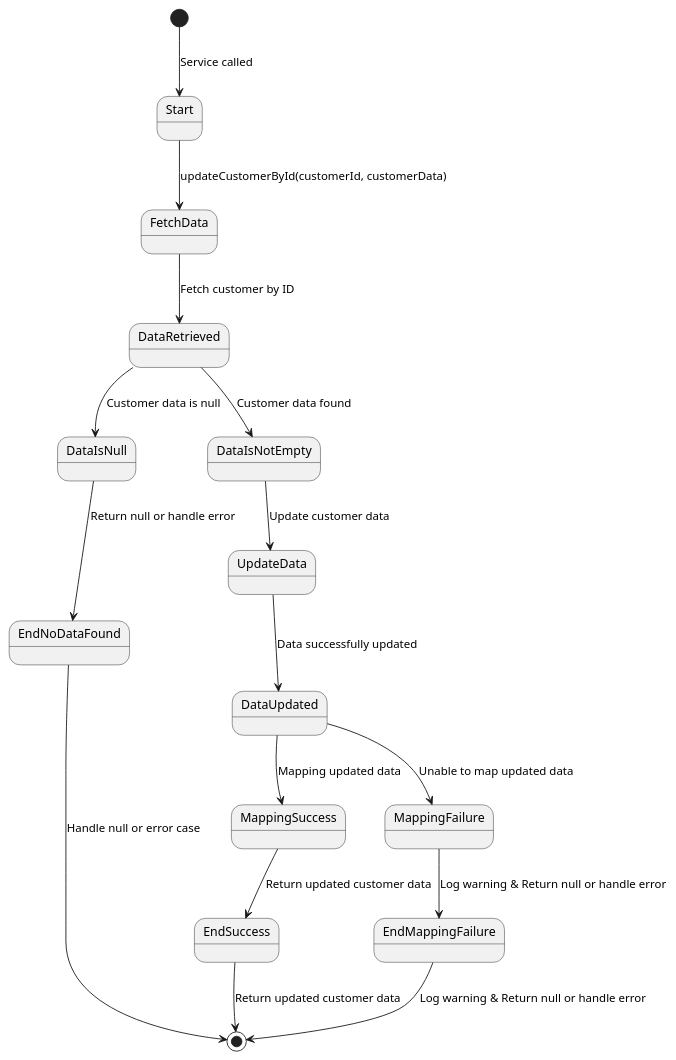
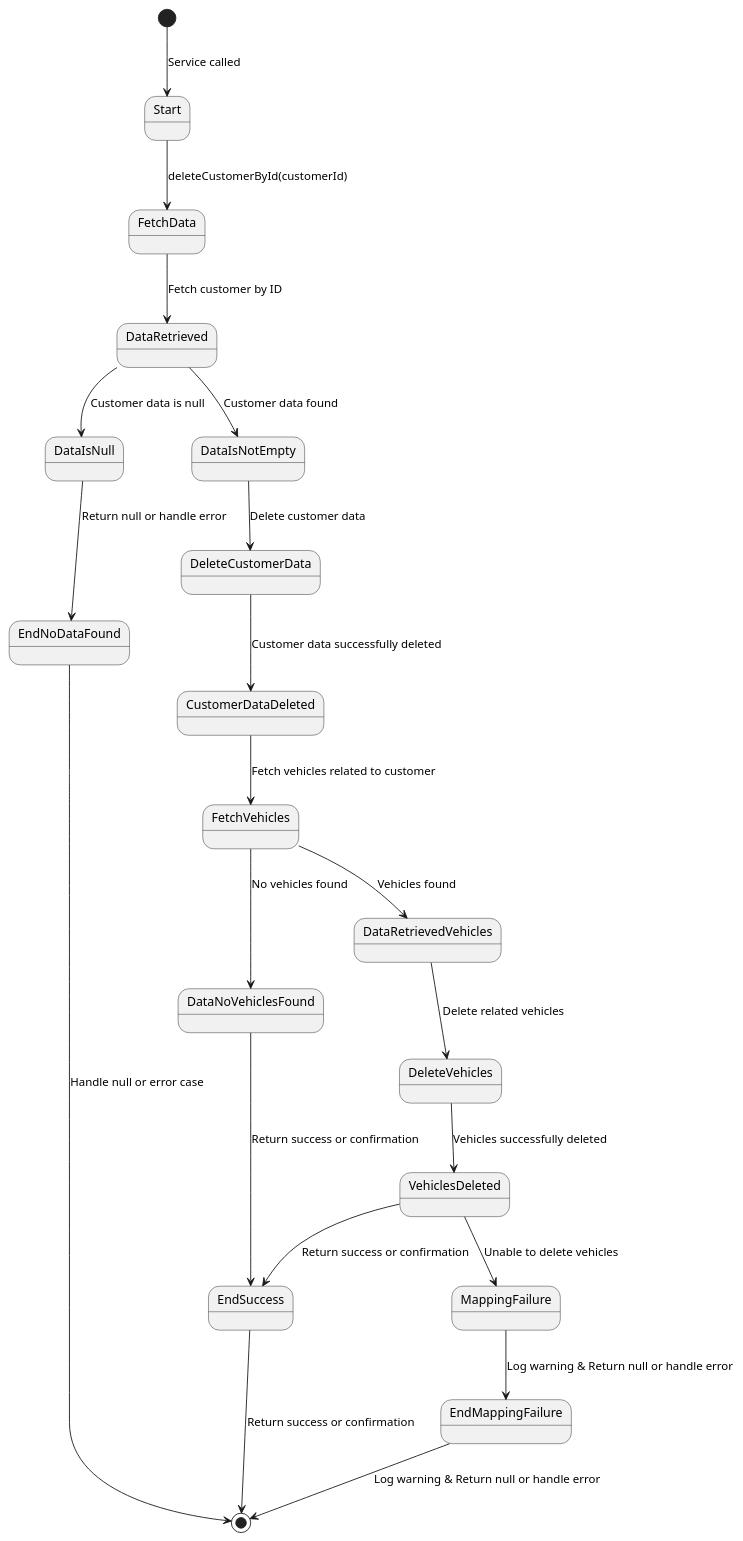
The diagram in diagrams/Customers/DeleteCustomerDiagrams/Template04_StateTransitionDiagram.puml (Iantomasi/ateliermecanique-ws), drawn with PlantUML before and after one commit. The commit also changed 2 other files, not shown here.

Commit message:
done with my diagrams

```diff
--- a/diagrams/Customers/DeleteCustomerDiagrams/Template04_StateTransitionDiagram.puml
+++ b/diagrams/Customers/DeleteCustomerDiagrams/Template04_StateTransitionDiagram.puml
@@ -1,24 +1,31 @@
 @startuml
 [*] --> Start: Service called
 
-
-Start --> FetchData: updateCustomerById(customerId, customerData)
+Start --> FetchData: deleteCustomerById(customerId)
 FetchData --> DataRetrieved: Fetch customer by ID
 DataRetrieved --> DataIsNull: Customer data is null
 DataRetrieved --> DataIsNotEmpty: Customer data found
 
 DataIsNull --> EndNoDataFound: Return null or handle error
-DataIsNotEmpty --> UpdateData: Update customer data
+DataIsNotEmpty --> DeleteCustomerData: Delete customer data
 
-UpdateData --> DataUpdated: Data successfully updated
-DataUpdated --> MappingSuccess: Mapping updated data
-DataUpdated --> MappingFailure: Unable to map updated data
+DeleteCustomerData --> CustomerDataDeleted: Customer data successfully deleted
+CustomerDataDeleted --> FetchVehicles: Fetch vehicles related to customer
 
-MappingSuccess --> EndSuccess: Return updated customer data
+FetchVehicles --> DataRetrievedVehicles: Vehicles found
+FetchVehicles --> DataNoVehiclesFound: No vehicles found
+
+DataNoVehiclesFound --> EndSuccess: Return success or confirmation
+DataRetrievedVehicles --> DeleteVehicles: Delete related vehicles
+
+DeleteVehicles --> VehiclesDeleted: Vehicles successfully deleted
+VehiclesDeleted --> EndSuccess: Return success or confirmation
+VehiclesDeleted --> MappingFailure: Unable to delete vehicles
+
 MappingFailure --> EndMappingFailure: Log warning & Return null or handle error
 
 EndNoDataFound --> [*]: Handle null or error case
-EndSuccess --> [*]: Return updated customer data
+EndSuccess --> [*]: Return success or confirmation
 EndMappingFailure --> [*]: Log warning & Return null or handle error
 
 @enduml
```
